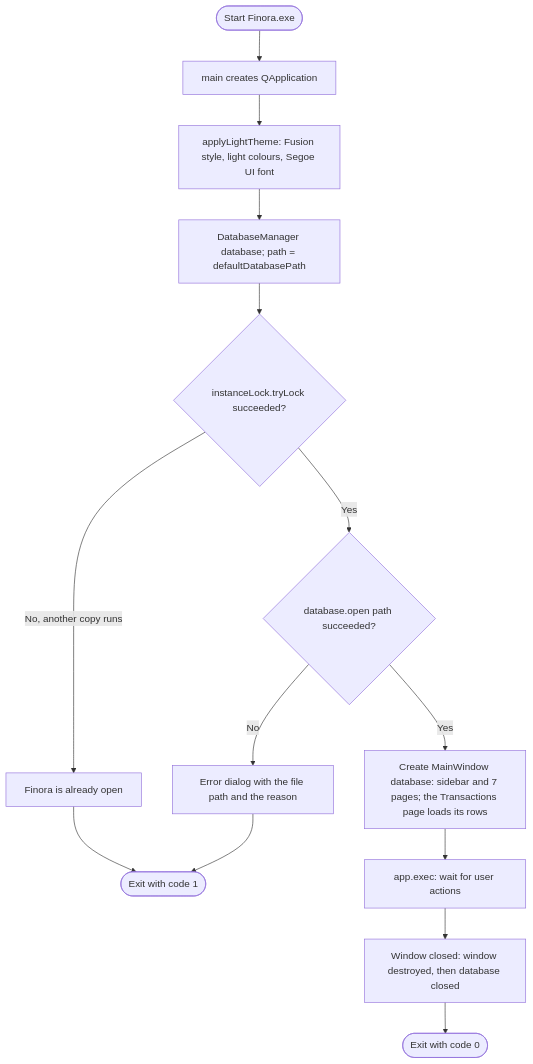
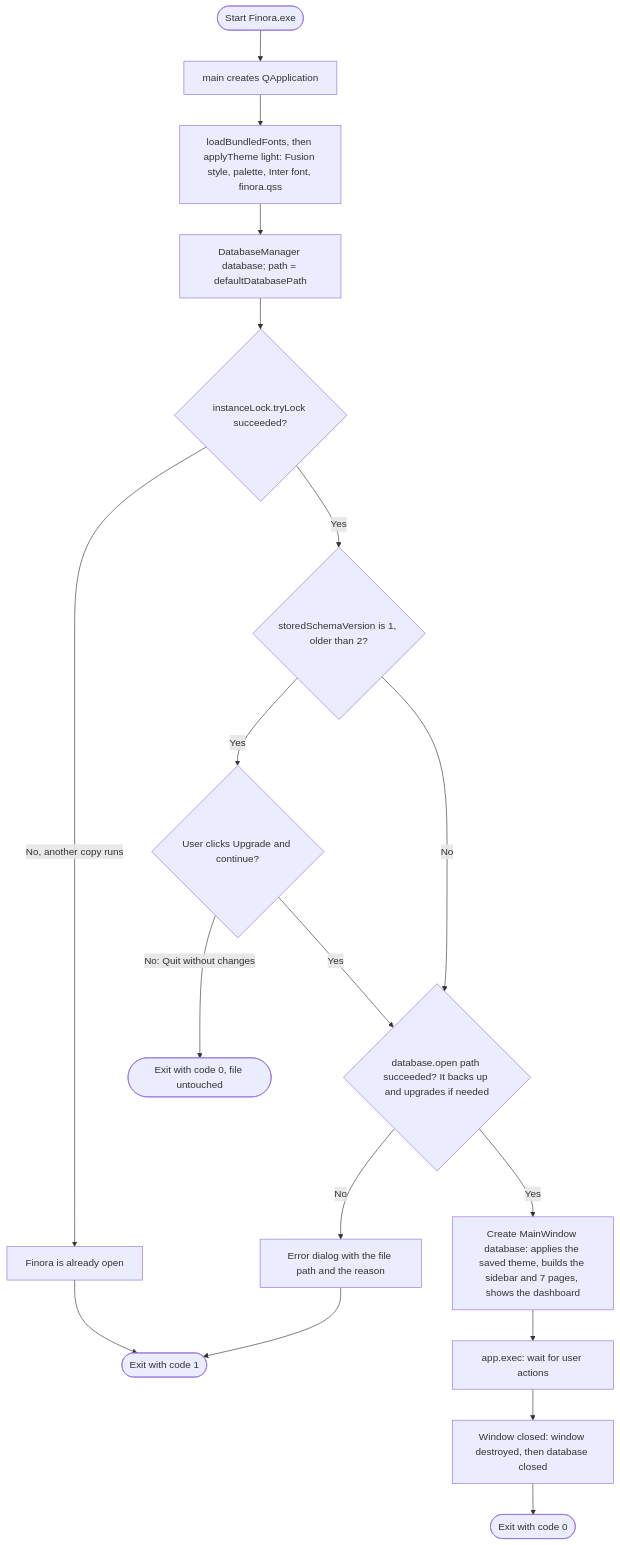
Before and after one commit to msaeed-dev-stack/Finora: the second of 9 diagrams in docs/DESIGN.md, drawn with Mermaid. The commit also changed other lines of this file and 87 other files, not shown here.

Commit message:
Milestone 4 Phase 4A: design system, dashboard, budgets and safe schema upgrade

````diff
--- a/docs/DESIGN.md
+++ b/docs/DESIGN.md
@@ -36,16 +36,20 @@
 ```mermaid
 flowchart TD
     A([Start Finora.exe]) --> B["main creates QApplication"]
-    B --> C["applyLightTheme: Fusion style, light colours, Segoe UI font"]
+    B --> C["loadBundledFonts, then applyTheme light: Fusion style, palette, Inter font, finora.qss"]
     C --> D["DatabaseManager database; path = defaultDatabasePath"]
     D --> L{"instanceLock.tryLock succeeded?"}
     L -- "No, another copy runs" --> M["Finora is already open"]
     M --> G([Exit with code 1])
-    L -- Yes --> E{"database.open path succeeded?"}
+    L -- Yes --> V{"storedSchemaVersion is 1, older than 2?"}
+    V -- Yes --> Q{"User clicks Upgrade and continue?"}
+    Q -- "No: Quit without changes" --> Z([Exit with code 0, file untouched])
+    Q -- Yes --> E
+    V -- No --> E{"database.open path succeeded? It backs up and upgrades if needed"}
     E -- No --> F["Error dialog with the file path and the reason"]
     F --> G
-    E -- Yes --> H["Create MainWindow database: sidebar and 7 pages; the Transactions page loads its rows"]
+    E -- Yes --> H["Create MainWindow database: applies the saved theme, builds the sidebar and 7 pages, shows the dashboard"]
     H --> I["app.exec: wait for user actions"]
     I --> J["Window closed: window destroyed, then database closed"]
     J --> K([Exit with code 0])
 ```
````
